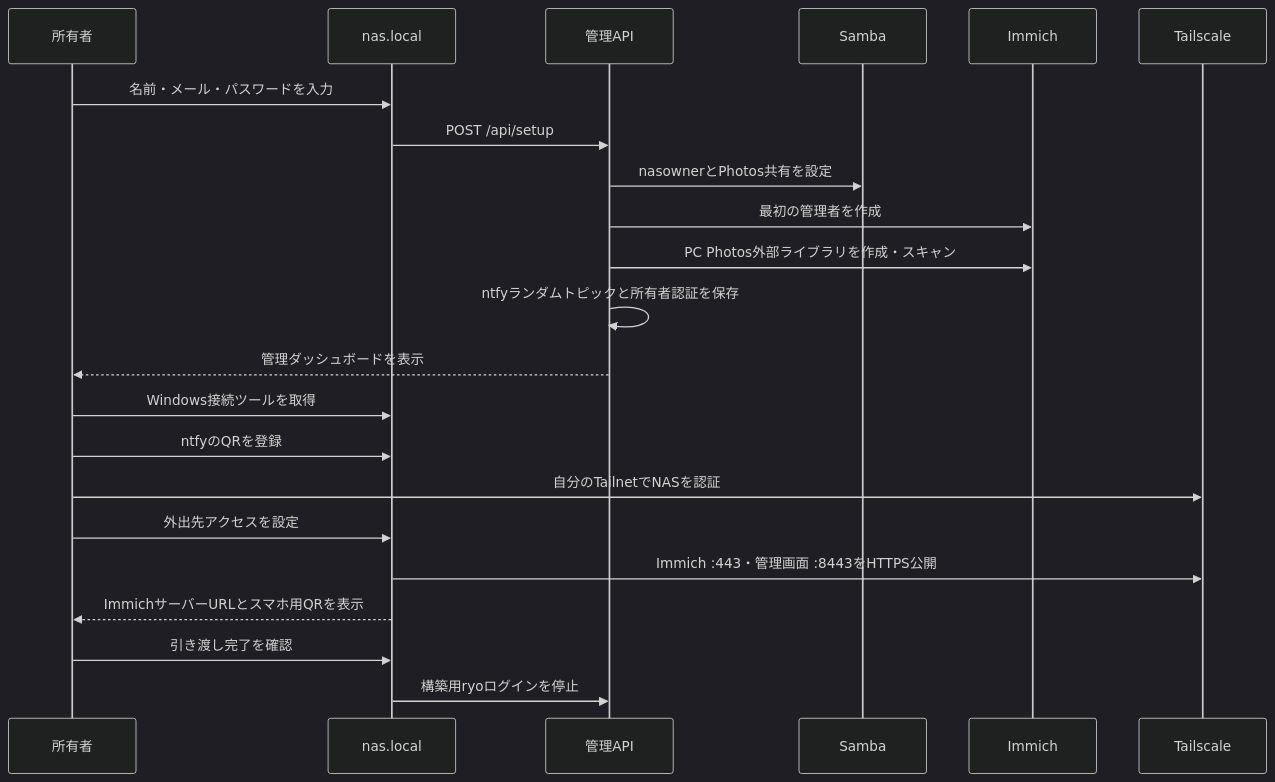
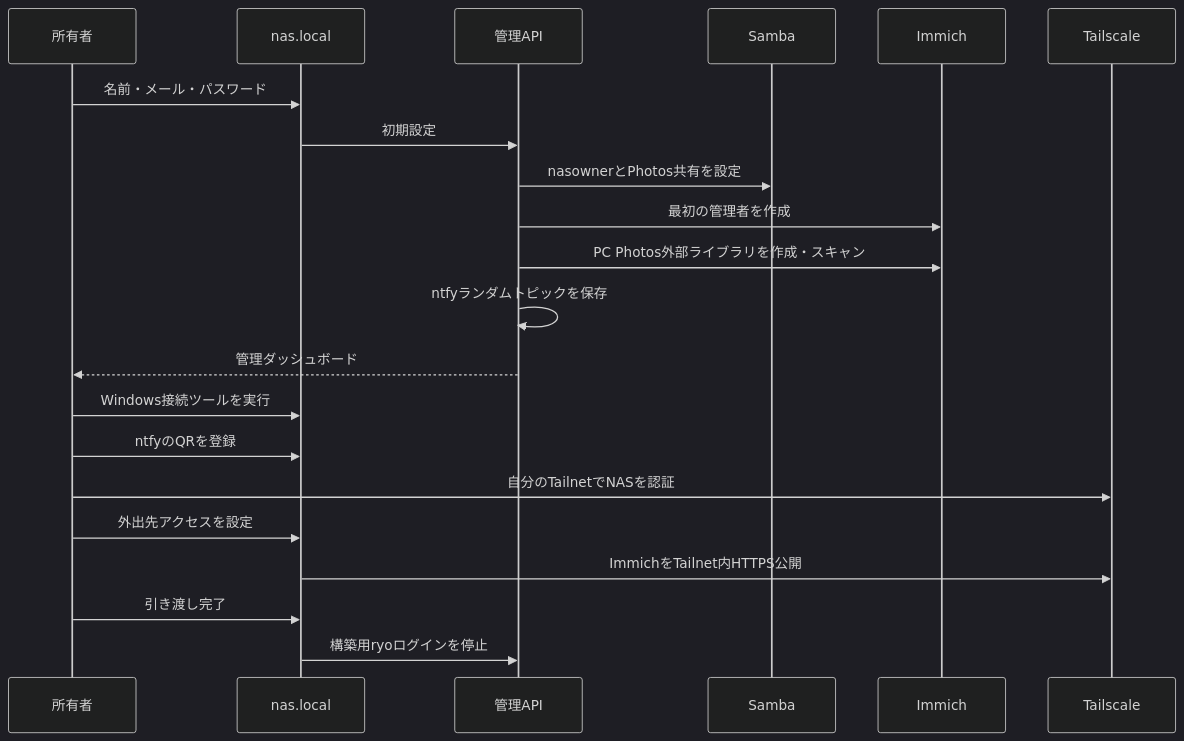
Before and after one commit to ryosukeue/nas-setup: the second of 2 diagrams in ARCHITECTURE.md, drawn with Mermaid (dark theme). The commit also changed other lines of this file and 17 other files, not shown here.

````diff
--- a/ARCHITECTURE.md
+++ b/ARCHITECTURE.md
@@ -101,25 +69,23 @@
 ```mermaid
 sequenceDiagram
     participant Owner as 所有者
     participant UI as nas.local
     participant API as 管理API
     participant SMB as Samba
     participant Immich as Immich
     participant TS as Tailscale
-
-    Owner->>UI: 名前・メール・パスワードを入力
-    UI->>API: POST /api/setup
+    Owner->>UI: 名前・メール・パスワード
+    UI->>API: 初期設定
     API->>SMB: nasownerとPhotos共有を設定
     API->>Immich: 最初の管理者を作成
     API->>Immich: PC Photos外部ライブラリを作成・スキャン
-    API->>API: ntfyランダムトピックと所有者認証を保存
-    API-->>Owner: 管理ダッシュボードを表示
-    Owner->>UI: Windows接続ツールを取得
+    API->>API: ntfyランダムトピックを保存
+    API-->>Owner: 管理ダッシュボード
+    Owner->>UI: Windows接続ツールを実行
     Owner->>UI: ntfyのQRを登録
     Owner->>TS: 自分のTailnetでNASを認証
     Owner->>UI: 外出先アクセスを設定
-    UI->>TS: Immich :443・管理画面 :8443をHTTPS公開
-    UI-->>Owner: ImmichサーバーURLとスマホ用QRを表示
-    Owner->>UI: 引き渡し完了を確認
+    UI->>TS: ImmichをTailnet内HTTPS公開
+    Owner->>UI: 引き渡し完了
     UI->>API: 構築用ryoログインを停止
 ```
````
